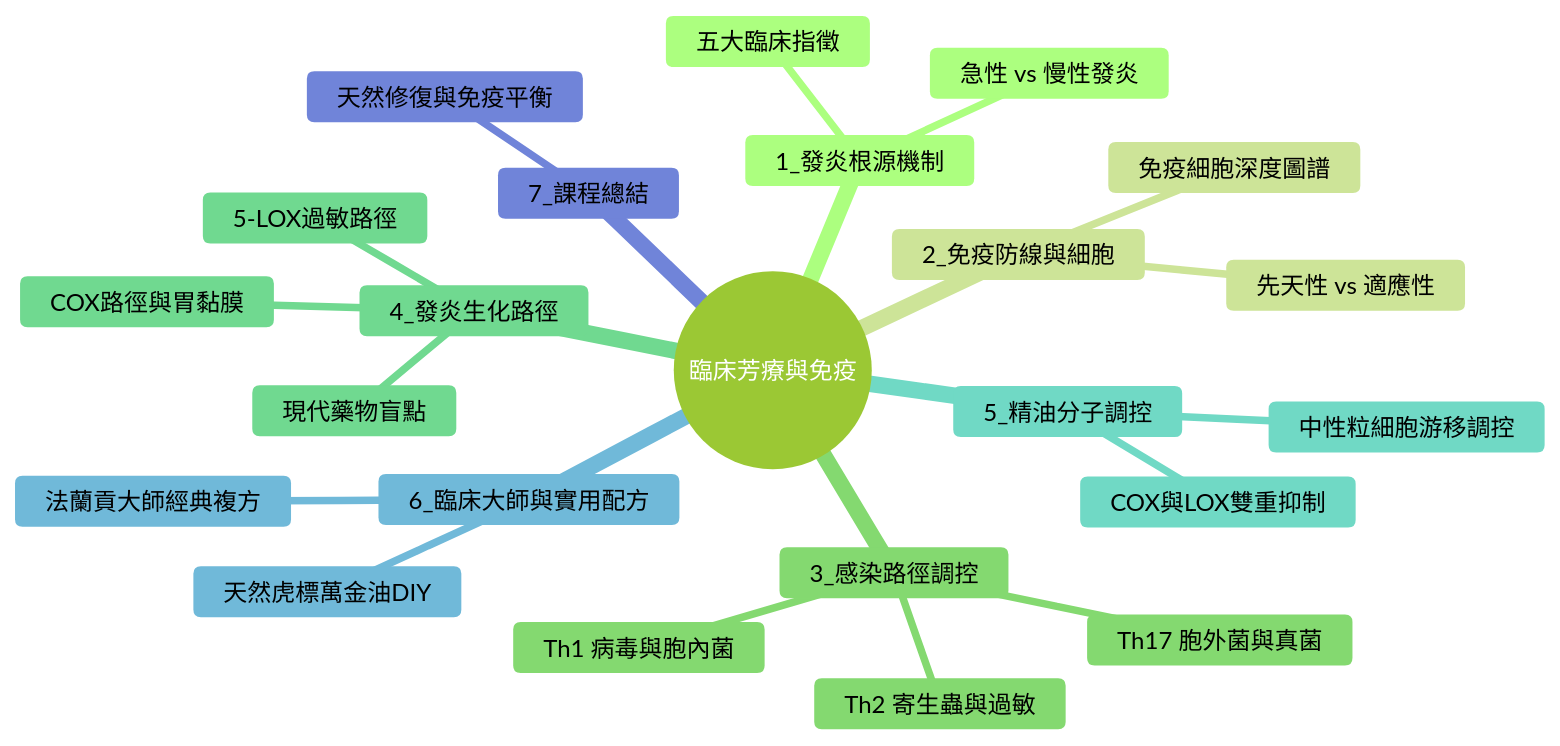
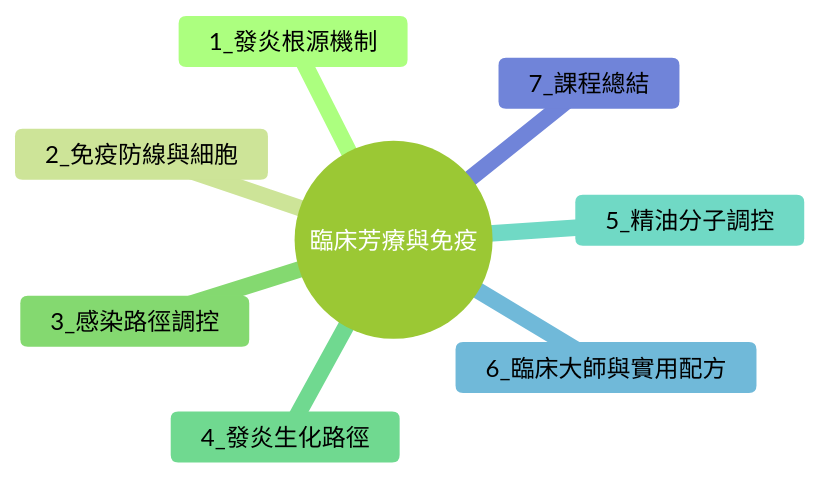
The diagram in README.md (wong413441/Inflammation), drawn with Mermaid (forest theme) before and after one commit. The commit also changed other lines of this file, not shown here.

```diff
--- a/README.md
+++ b/README.md
@@ -9,26 +13,11 @@
 <div class="mermaid">
 mindmap
   root((臨床芳療與免疫))
     1_發炎根源機制
-      五大臨床指徵
-      急性 vs 慢性發炎
     2_免疫防線與細胞
-      先天性 vs 適應性
-      免疫細胞深度圖譜
     3_感染路徑調控
-      Th1 病毒與胞內菌
-      Th2 寄生蟲與過敏
-      Th17 胞外菌與真菌
     4_發炎生化路徑
-      COX路徑與胃黏膜
-      5-LOX過敏路徑
-      現代藥物盲點
     5_精油分子調控
-      COX與LOX雙重抑制
-      中性粒細胞游移調控
     6_臨床大師與實用配方
-      法蘭貢大師經典複方
-      天然虎標萬金油DIY
     7_課程總結
-      天然修復與免疫平衡
 </div>
```
